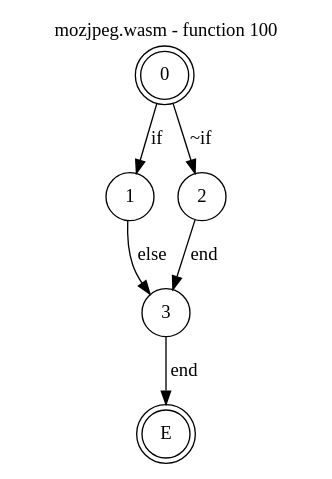
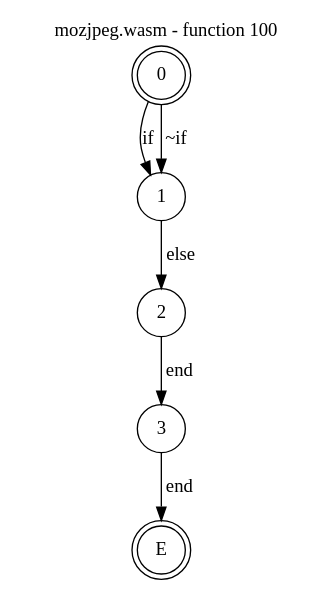
Before and after one commit to jsCarleton/wanalyze: the diagram in test_cases/mozjpeg/funcs/mozjpeg-func100.dot, drawn with Graphviz. The commit also changed 581 other files, not shown here.

```diff
--- a/test_cases/mozjpeg/funcs/mozjpeg-func100.dot
+++ b/test_cases/mozjpeg/funcs/mozjpeg-func100.dot
@@ -1,14 +1,14 @@
 digraph finite_state_machine {
     label = "mozjpeg.wasm - function 100"
     labelloc =  t
     labelfontsize = 16
     labelfontcolor = black
     labelfontname = "Helvetica"
     node [shape = doublecircle]; 0 E ;
     node [shape = circle];
     0 -> 1[label="if"];
-    0 -> 2[label="~if"];
-    1 -> 3[label="else"];
+    0 -> 1[label="~if"];
+    1 -> 2[label="else"];
     2 -> 3[label="end"];
     3 -> E[label="end"];
 }
```
